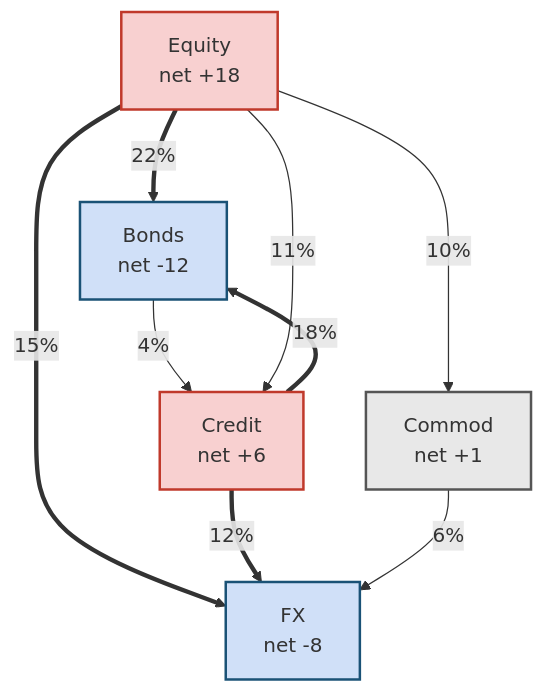
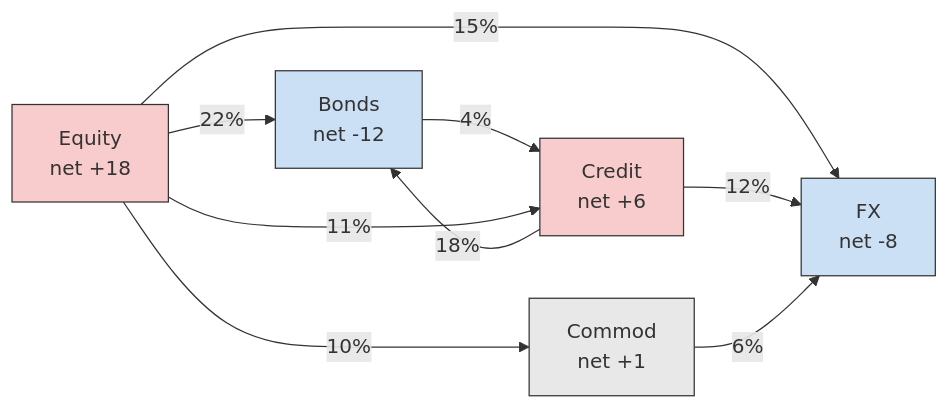
The first of 3 diagrams in vol-learning-guide/markdown/ch15-spillovers-connectedness.md (xRyann2255/ML-GS), drawn with Mermaid before and after one commit. The commit also changed other lines of this file and 19 other files, not shown here.

````diff
--- a/vol-learning-guide/markdown/ch15-spillovers-connectedness.md
+++ b/vol-learning-guide/markdown/ch15-spillovers-connectedness.md
@@ -153,24 +133,21 @@
 ```mermaid
-flowchart TD
-    EQ["Equity<br/>net +18"]
-    CR["Credit<br/>net +6"]
-    CO["Commod<br/>net +1"]
-    FI["Bonds<br/>net -12"]
-    FX["FX<br/>net -8"]
+flowchart LR
+    EQ["Equity<br/>net +18"]:::transmitter
+    FI["Bonds<br/>net -12"]:::receiver
+    FX["FX<br/>net -8"]:::receiver
+    CO["Commod<br/>net +1"]:::neutral
+    CR["Credit<br/>net +6"]:::transmitter
 
-    EQ ==>|"22%"| FI
-    EQ ==>|"15%"| FX
-    CR ==>|"18%"| FI
+    EQ -->|"22%"| FI
+    EQ -->|"15%"| FX
+    CR -->|"18%"| FI
     EQ -->|"10%"| CO
-    CR ==>|"12%"| FX
+    CR -->|"12%"| FX
     CO -->|"6%"| FX
     FI -->|"4%"| CR
     EQ -->|"11%"| CR
 
-    classDef transmitter fill:#f8d0d0,stroke:#c0392b,stroke-width:2px;
-    classDef receiver fill:#d0e0f8,stroke:#1a5276,stroke-width:2px;
-    classDef neutral fill:#e8e8e8,stroke:#555,stroke-width:2px;
-    class EQ,CR transmitter;
-    class FI,FX receiver;
-    class CO neutral;
+    classDef transmitter fill:#f8cccc,stroke:#333;
+    classDef receiver fill:#cce0f5,stroke:#333;
+    classDef neutral fill:#e8e8e8,stroke:#333;
 ```
````
